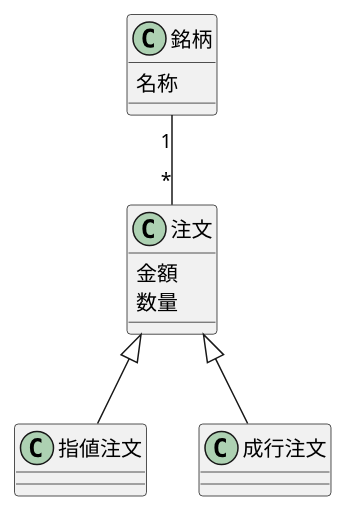
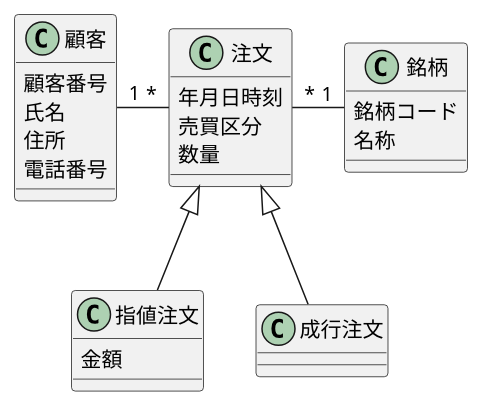
Before and after one commit to yinm/uml-modeling-lesson: the diagram in ch06/excercise/6-3.puml, drawn with PlantUML. The commit also changed 3 other files, not shown here.

```diff
--- a/ch06/excercise/6-3.puml
+++ b/ch06/excercise/6-3.puml
@@ -1,20 +1,33 @@
 @startuml
 
-class 銘柄 {
-  名称
+class 顧客 {
+  顧客番号
+  氏名
+  住所
+  電話番号
 }
 
 class 注文 {
-  金額
+  年月日時刻
+  売買区分
   数量
 }
 
-class 指値注文
+class 指値注文 {
+  金額
+}
+
 class 成行注文
+
+class 銘柄 {
+  銘柄コード
+  名称
+}
 
 注文 <|-- 指値注文
 注文 <|-- 成行注文
 
-銘柄 "1"--"*" 注文
+顧客 "1"-r-"*" 注文
+注文 "*"-r-"1" 銘柄
 
 @enduml
```
